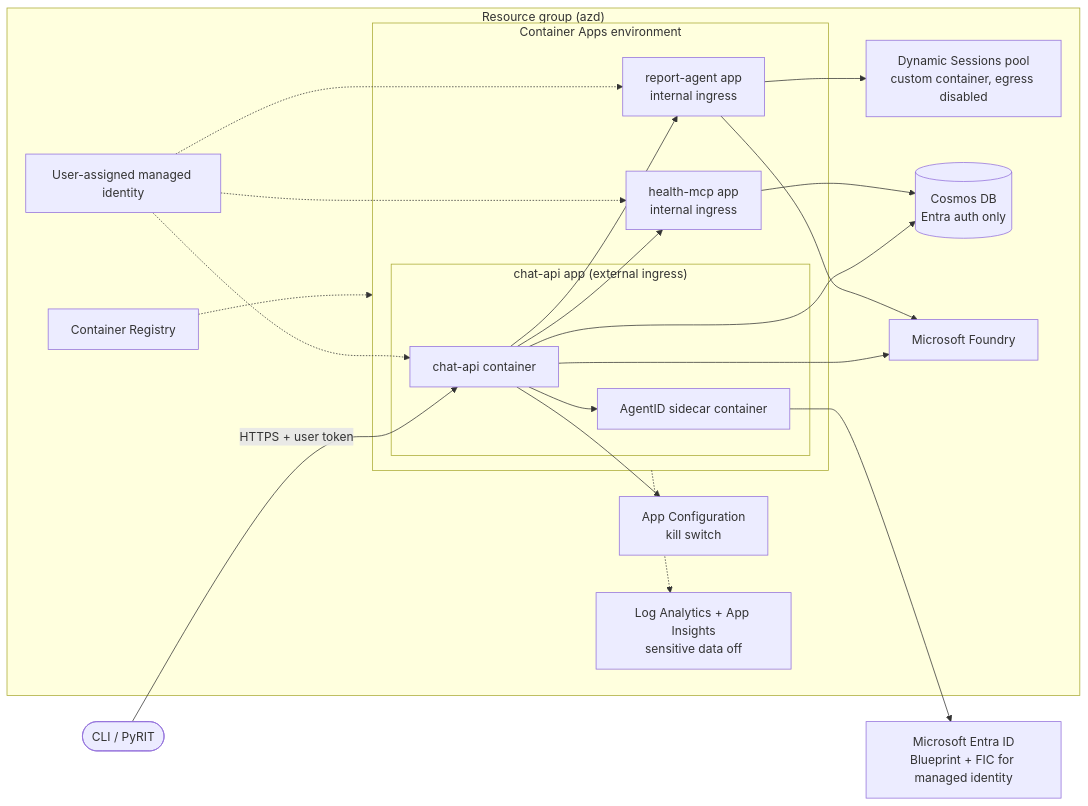
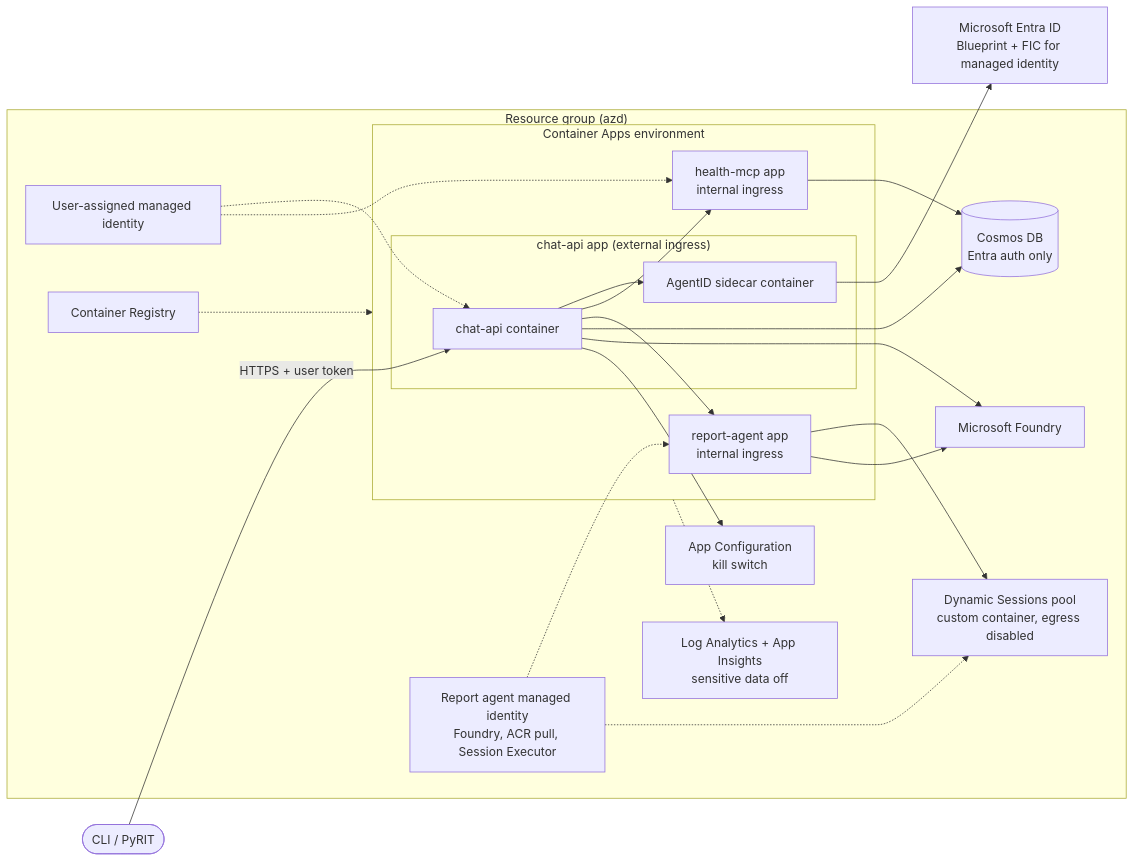
One commit to willvelida/owasp-agents-sample changed the sixth of 6 diagrams in docs/architecture.md. Above: the diagram before and after it, drawn with Mermaid. The commit also changed other lines of this file and 76 other files, not shown here.

First line of the commit message:
feat(solution): add S3 reports slice with isolated chart runner and approvals

````diff
--- a/docs/architecture.md
+++ b/docs/architecture.md
@@ -187,40 +187,42 @@
 ```mermaid
 flowchart LR
     cli([CLI / PyRIT])
     entra["Microsoft Entra ID<br/>Blueprint + FIC for managed identity"]
 
     subgraph rg["Resource group (azd)"]
         subgraph cae["Container Apps environment"]
             subgraph chatapp["chat-api app (external ingress)"]
                 chat["chat-api container"]
                 sidecar["AgentID sidecar container"]
             end
             mcp["health-mcp app<br/>internal ingress"]
             report["report-agent app<br/>internal ingress"]
         end
         sessions["Dynamic Sessions pool<br/>custom container, egress disabled"]
         mi["User-assigned managed identity"]
+        reportmi["Report agent managed identity<br/>Foundry, ACR pull, Session Executor"]
         cosmos[("Cosmos DB<br/>Entra auth only")]
         foundry["Microsoft Foundry"]
         appconfig["App Configuration<br/>kill switch"]
         acr["Container Registry"]
         logs["Log Analytics + App Insights<br/>sensitive data off"]
     end
 
     cli -->|"HTTPS + user token"| chat
     chat --> sidecar
     sidecar --> entra
     chat --> mcp
     chat --> report
     report --> sessions
     mi -.-> chat
     mi -.-> mcp
-    mi -.-> report
+    reportmi -.-> report
+    reportmi -.-> sessions
     chat --> cosmos
     mcp --> cosmos
     chat --> foundry
     report --> foundry
     chat --> appconfig
     acr -.-> cae
     cae -.-> logs
 ```
````
